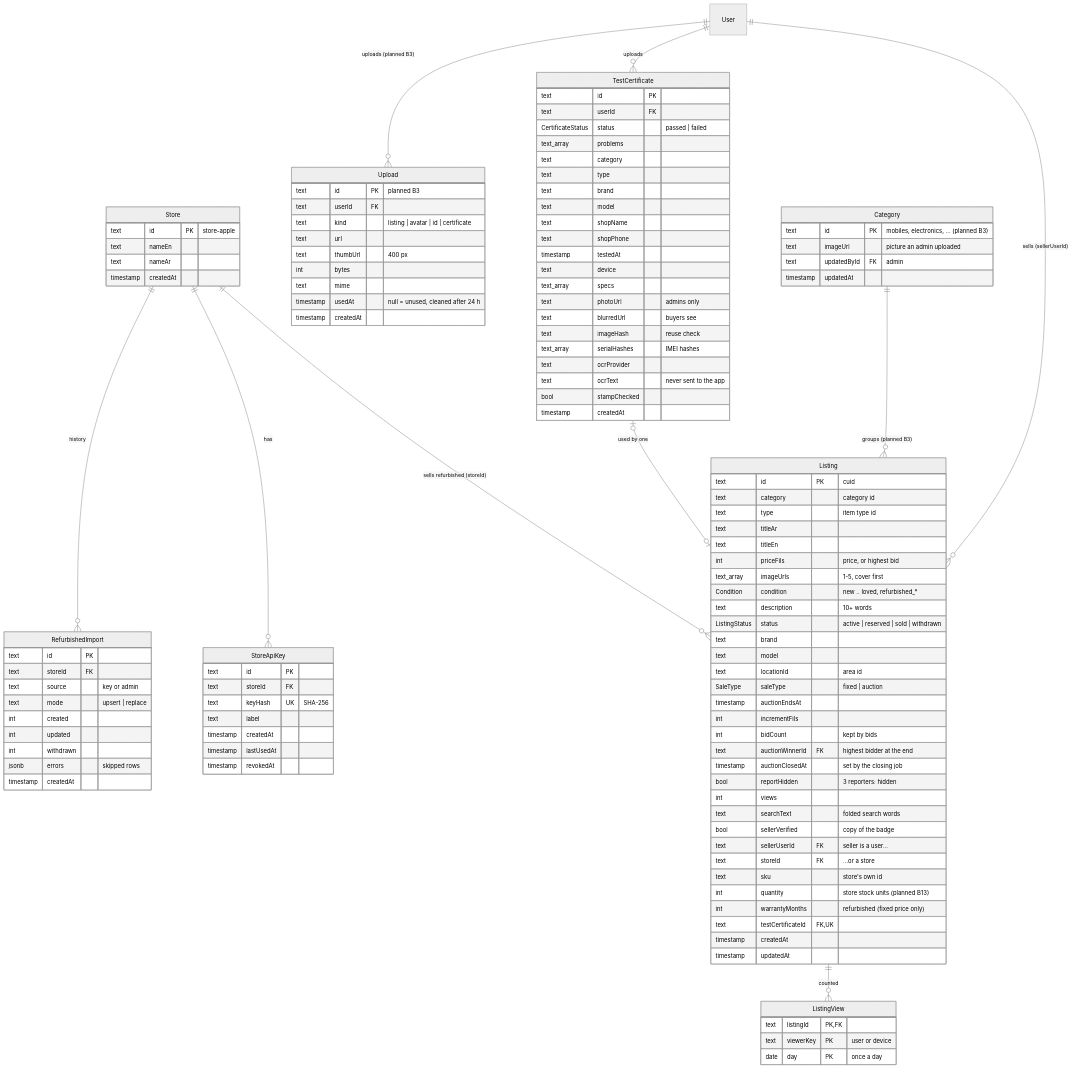
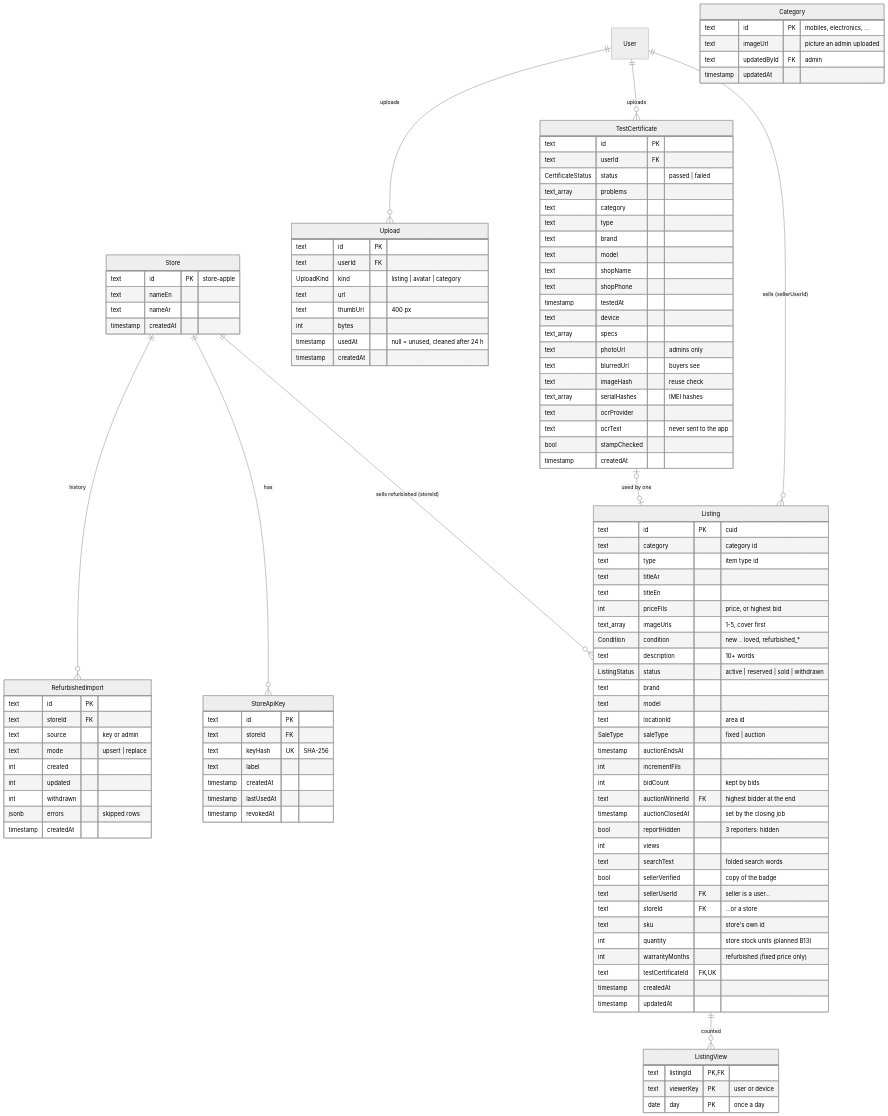
Before and after one commit to mustafa-kilany/madmoon-deals: the third of 6 diagrams in docs/DATABASE.md, drawn with Mermaid (neutral theme). The commit also changed other lines of this file and 7 other files, not shown here.

```diff
--- a/docs/DATABASE.md
+++ b/docs/DATABASE.md
@@ -160,8 +153,7 @@
   User ||--o{ TestCertificate : uploads
   TestCertificate |o--o| Listing : "used by one"
   Listing ||--o{ ListingView : "counted"
-  User ||--o{ Upload : "uploads (planned B3)"
-  Category ||--o{ Listing : "groups (planned B3)"
+  User ||--o{ Upload : uploads
   Listing {
     text id PK "cuid"
     text category "category id"
@@ -245,7 +237,7 @@
     timestamp createdAt
   }
   Category {
-    text id PK "mobiles, electronics, ... (planned B3)"
+    text id PK "mobiles, electronics, ..."
     text imageUrl "picture an admin uploaded"
     text updatedById FK "admin"
     timestamp updatedAt
@@ -256,13 +248,12 @@
     date day PK "once a day"
   }
   Upload {
-    text id PK "planned B3"
+    text id PK
     text userId FK
-    text kind "listing | avatar | id | certificate"
+    UploadKind kind "listing | avatar | category"
     text url
     text thumbUrl "400 px"
     int bytes
-    text mime
     timestamp usedAt "null = unused, cleaned after 24 h"
     timestamp createdAt
   }
```
